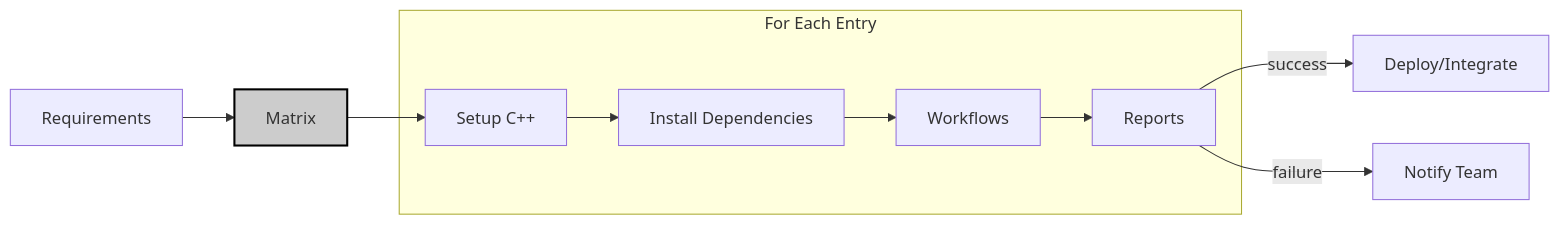
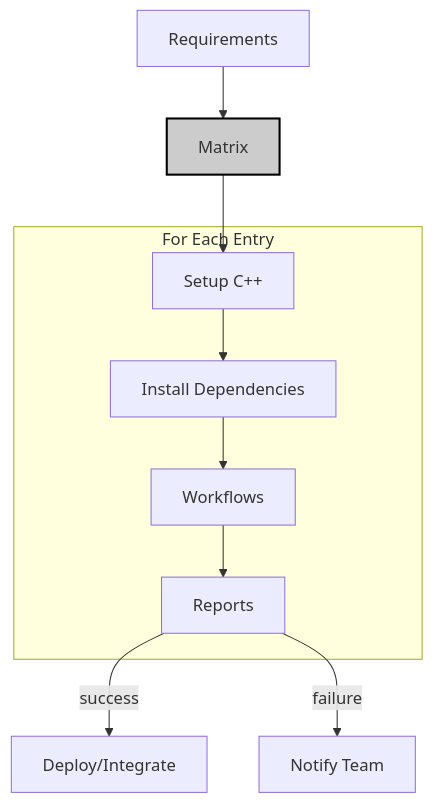
Before and after one commit to alandefreitas/cpp-actions: the fourth of 5 diagrams in docs/modules/ROOT/pages/design.adoc, drawn with Mermaid. The commit also changed other lines of this file and 8 other files, not shown here.

```diff
--- a/docs/modules/ROOT/pages/design.adoc
+++ b/docs/modules/ROOT/pages/design.adoc
@@ -363,20 +137,20 @@
 [mermaid,width=100%]
 ----
-graph LR
+graph TD
   subgraph For Each Entry
     B
     C
     D
     E
   end
 
   R[Requirements] --> A[Matrix]
   A[Matrix] --> B
   B[Setup C++] --> C
   C[Install Dependencies] --> D
   D[Workflows] --> E
   E[Reports] -->|success| F[Deploy/Integrate]
   E -->|failure| H[Notify Team]
 
   style A fill:#cccccc,stroke:#000000,stroke-width:2px
 ----
```
